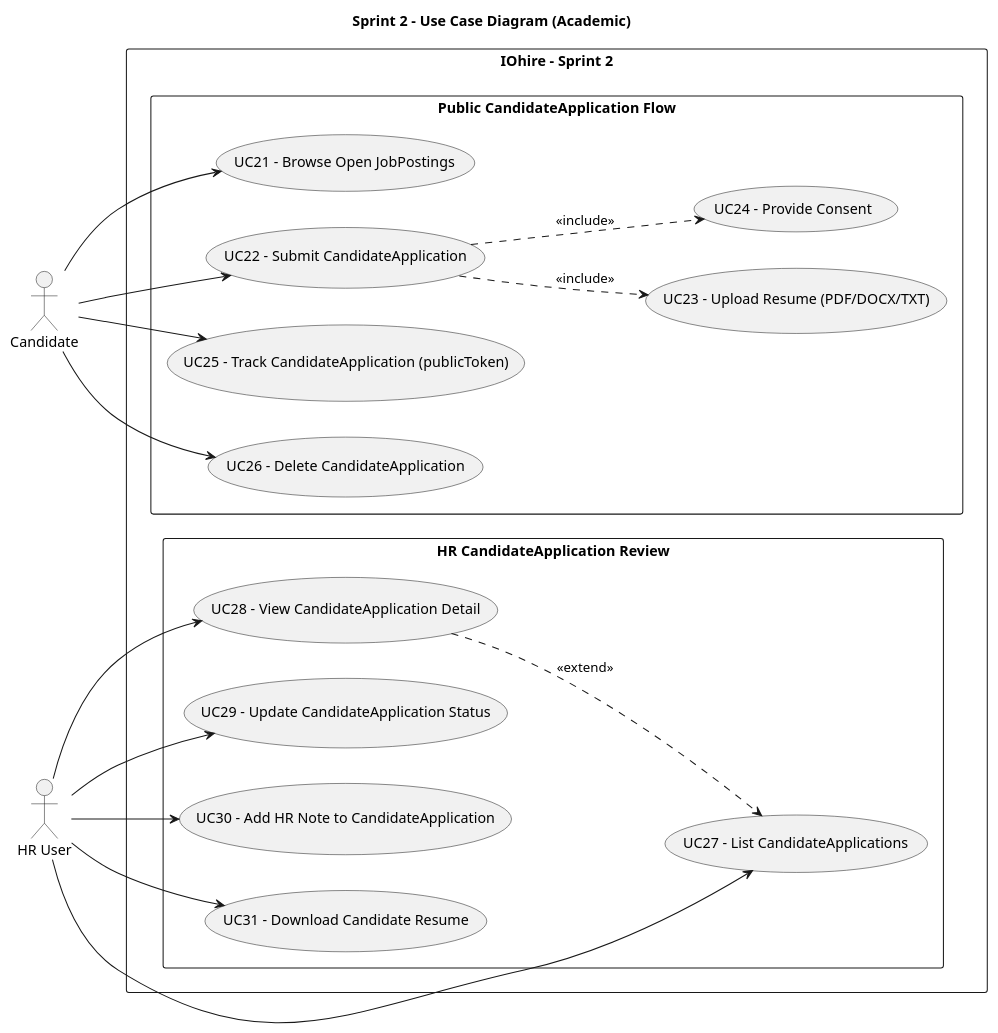
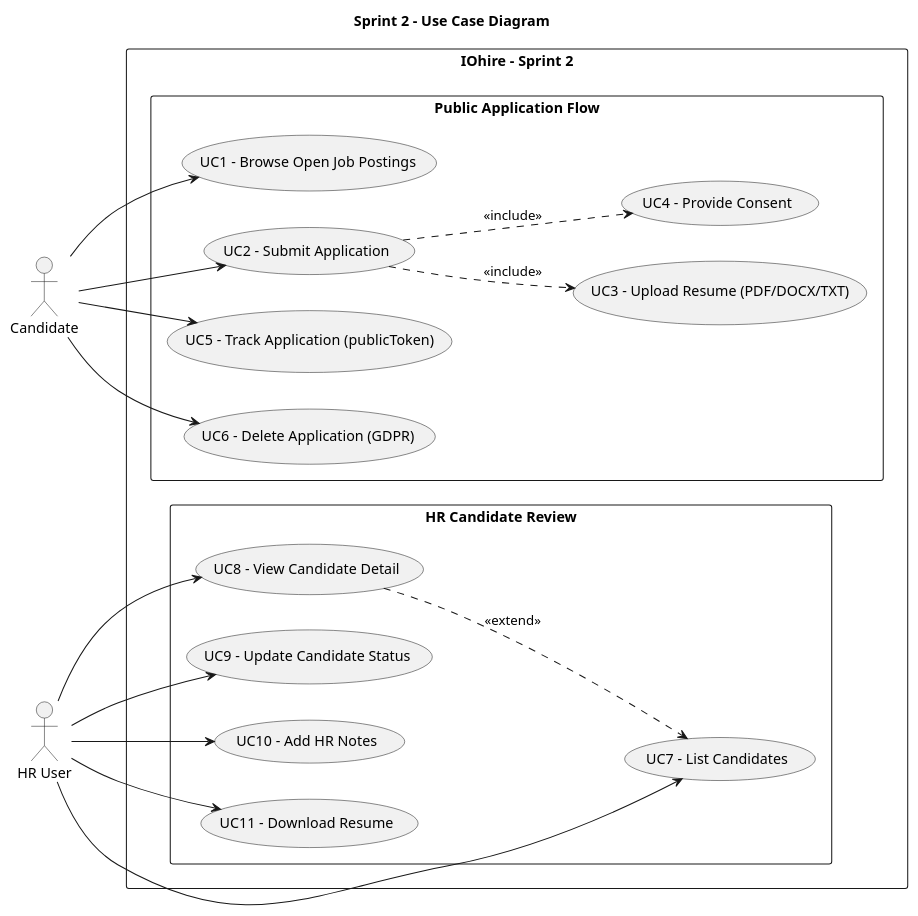
The diagram in docs/uml/sprint2_usecase.puml (OussamaRhimi/IOhire), drawn with PlantUML before and after one commit. The commit also changed 35 other files, not shown here.

```diff
--- a/docs/uml/sprint2_usecase.puml
+++ b/docs/uml/sprint2_usecase.puml
@@ -1,45 +1,45 @@
 @startuml
-title Sprint 2 - Use Case Diagram (Academic)
+title Sprint 2 - Use Case Diagram
 left to right direction
 skinparam packageStyle rectangle
 skinparam shadowing false
 
 actor Candidate as A_Candidate
 actor "HR User" as A_HR
 
 rectangle "IOhire - Sprint 2" {
-  package "Public CandidateApplication Flow" {
-    usecase "UC21 - Browse Open JobPostings" as UC21
-    usecase "UC22 - Submit CandidateApplication" as UC22
-    usecase "UC23 - Upload Resume (PDF/DOCX/TXT)" as UC23
-    usecase "UC24 - Provide Consent" as UC24
-    usecase "UC25 - Track CandidateApplication (publicToken)" as UC25
-    usecase "UC26 - Delete CandidateApplication" as UC26
+  package "Public Application Flow" {
+    usecase "UC1 - Browse Open Job Postings" as UC1
+    usecase "UC2 - Submit Application" as UC2
+    usecase "UC3 - Upload Resume (PDF/DOCX/TXT)" as UC3
+    usecase "UC4 - Provide Consent" as UC4
+    usecase "UC5 - Track Application (publicToken)" as UC5
+    usecase "UC6 - Delete Application (GDPR)" as UC6
   }
 
-  package "HR CandidateApplication Review" {
-    usecase "UC27 - List CandidateApplications" as UC27
-    usecase "UC28 - View CandidateApplication Detail" as UC28
-    usecase "UC29 - Update CandidateApplication Status" as UC29
-    usecase "UC30 - Add HR Note to CandidateApplication" as UC30
-    usecase "UC31 - Download Candidate Resume" as UC31
+  package "HR Candidate Review" {
+    usecase "UC7 - List Candidates" as UC7
+    usecase "UC8 - View Candidate Detail" as UC8
+    usecase "UC9 - Update Candidate Status" as UC9
+    usecase "UC10 - Add HR Notes" as UC10
+    usecase "UC11 - Download Resume" as UC11
   }
 }
 
-A_Candidate --> UC21
-A_Candidate --> UC22
-A_Candidate --> UC25
-A_Candidate --> UC26
+A_Candidate --> UC1
+A_Candidate --> UC2
+A_Candidate --> UC5
+A_Candidate --> UC6
 
-UC22 ..> UC23 : <<include>>
-UC22 ..> UC24 : <<include>>
+UC2 ..> UC3 : <<include>>
+UC2 ..> UC4 : <<include>>
 
-A_HR --> UC27
-A_HR --> UC28
-A_HR --> UC29
-A_HR --> UC30
-A_HR --> UC31
+A_HR --> UC7
+A_HR --> UC8
+A_HR --> UC9
+A_HR --> UC10
+A_HR --> UC11
 
-UC28 ..> UC27 : <<extend>>
+UC8 ..> UC7 : <<extend>>
 
 @enduml
```
